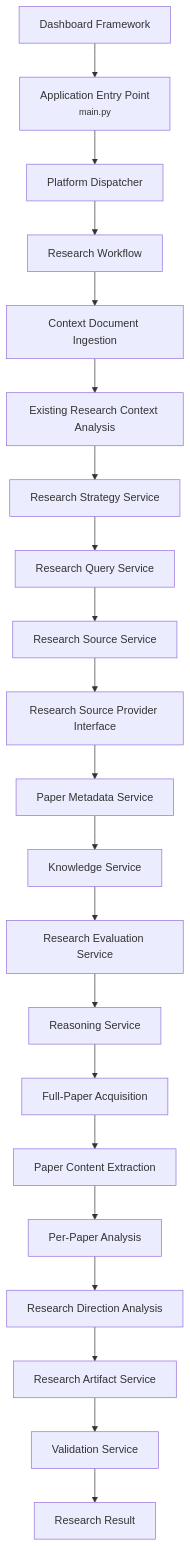
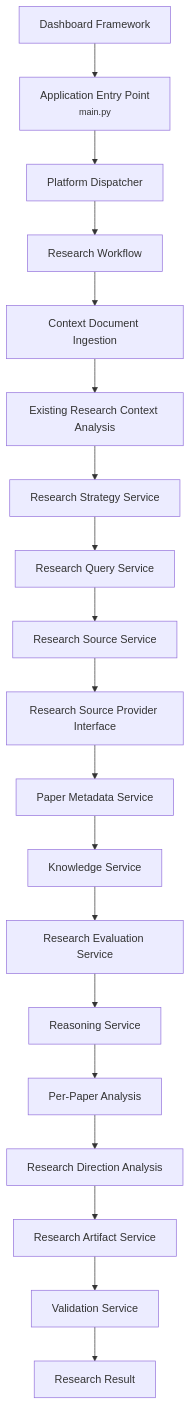
Before and after one commit to pgailinas/project0: the diagram in docs/agents/research/Research_Agent_Architecture.md, drawn with Mermaid. The commit also changed other lines of this file and 11 other files, not shown here.

````diff
--- a/docs/agents/research/Research_Agent_Architecture.md
+++ b/docs/agents/research/Research_Agent_Architecture.md
@@ -77,48 +77,44 @@
 ``` mermaid
 flowchart TD
     UI["Dashboard Framework"]
     A["Application Entry Point<br/><small>main.py</small>"]
     B["Platform Dispatcher"]
     C["Research Workflow"]
 
     X["Context Document Ingestion"]
     Y["Existing Research Context Analysis"]
     D["Research Strategy Service"]
     Q["Research Query Service"]
     E["Research Source Service"]
     P["Research Source Provider Interface"]
     F["Paper Metadata Service"]
     G["Knowledge Service"]
     H["Research Evaluation Service"]
     I["Reasoning Service"]
-    O["Full-Paper Acquisition"]
-    R["Paper Content Extraction"]
     M["Per-Paper Analysis"]
     N["Research Direction Analysis"]
     J["Research Artifact Service"]
     K["Validation Service"]
 
     L["Research Result"]
 
     UI --> A
     A --> B
     B --> C
 
     C --> X
     X --> Y
     Y --> D
     D --> Q
     Q --> E
     E --> P
     P --> F
     F --> G
     G --> H
     H --> I
-    I --> O
-    O --> R
-    R --> M
+    I --> M
     M --> N
     N --> J
     J --> K
     K --> L
 ```
````
